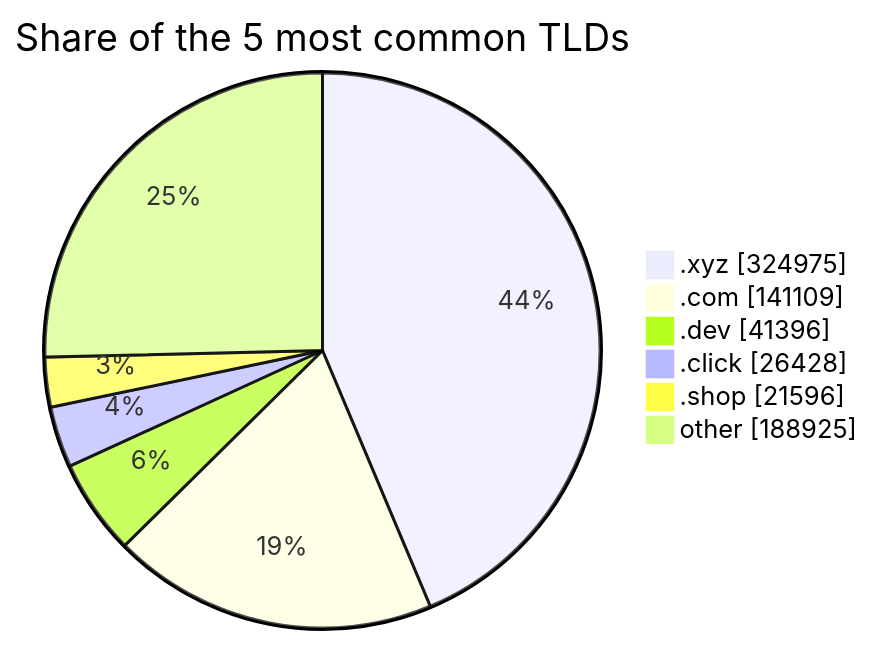
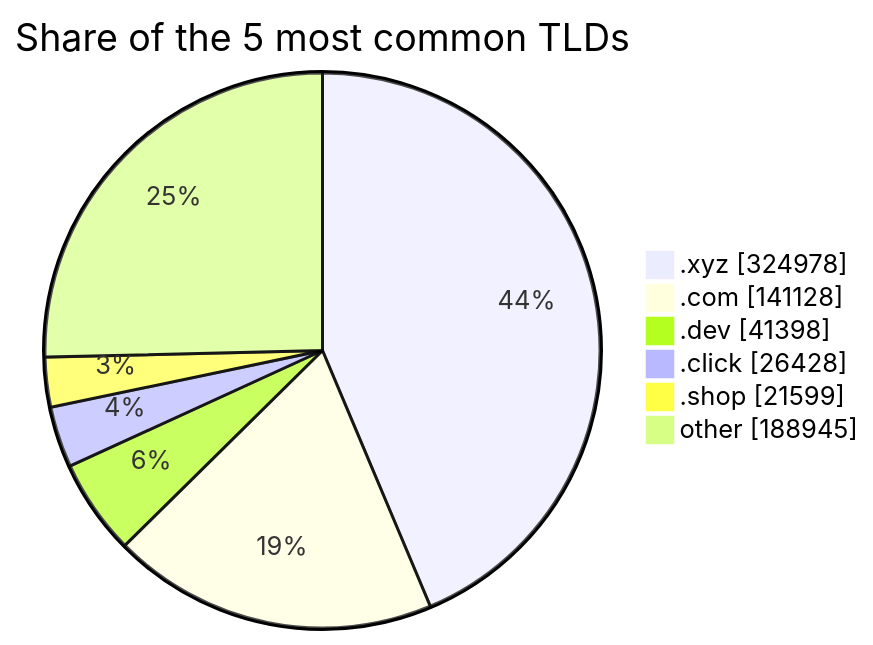
One commit to DNSBunker/CTI changed the third of 3 diagrams in README.md. Above: the diagram before and after it, drawn with Mermaid. The commit also changed other lines of this file and 3 other files, not shown here.

````diff
--- a/README.md
+++ b/README.md
@@ -81,9 +81,9 @@
 ```mermaid
 pie showData title Share of the 5 most common TLDs
-    ".xyz" : 324975
-    ".com" : 141109
-    ".dev" : 41396
+    ".xyz" : 324978
+    ".com" : 141128
+    ".dev" : 41398
     ".click" : 26428
-    ".shop" : 21596
-    "other" : 188925
+    ".shop" : 21599
+    "other" : 188945
 ```
````
